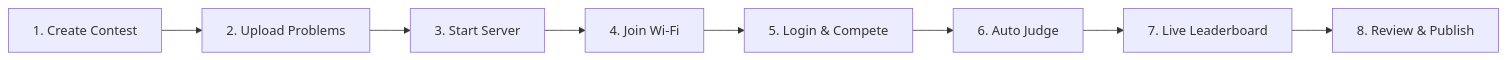
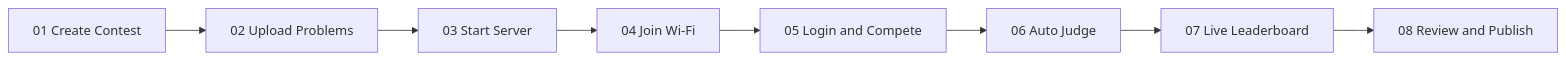
Before and after one commit to mrinmoyChakraborty-mrinox/ByteArena: the fifth of 8 diagrams in README.md, drawn with Mermaid. The commit also changed other lines of this file, not shown here.

First line of the commit message:
fix: resolve Mermaid diagram rendering issues on GitHub

````diff
--- a/README.md
+++ b/README.md
@@ -118,10 +126,10 @@
 ```mermaid
 flowchart LR
-    A[1. Create Contest] --> B[2. Upload Problems]
-    B --> C[3. Start Server]
-    C --> D[4. Join Wi-Fi]
-    D --> E[5. Login & Compete]
-    E --> F[6. Auto Judge]
-    F --> G[7. Live Leaderboard]
-    G --> H[8. Review & Publish]
+    A["01  Create Contest"] --> B["02  Upload Problems"]
+    B --> C["03  Start Server"]
+    C --> D["04  Join Wi-Fi"]
+    D --> E["05  Login and Compete"]
+    E --> F["06  Auto Judge"]
+    F --> G["07  Live Leaderboard"]
+    G --> H["08  Review and Publish"]
 ```
````
